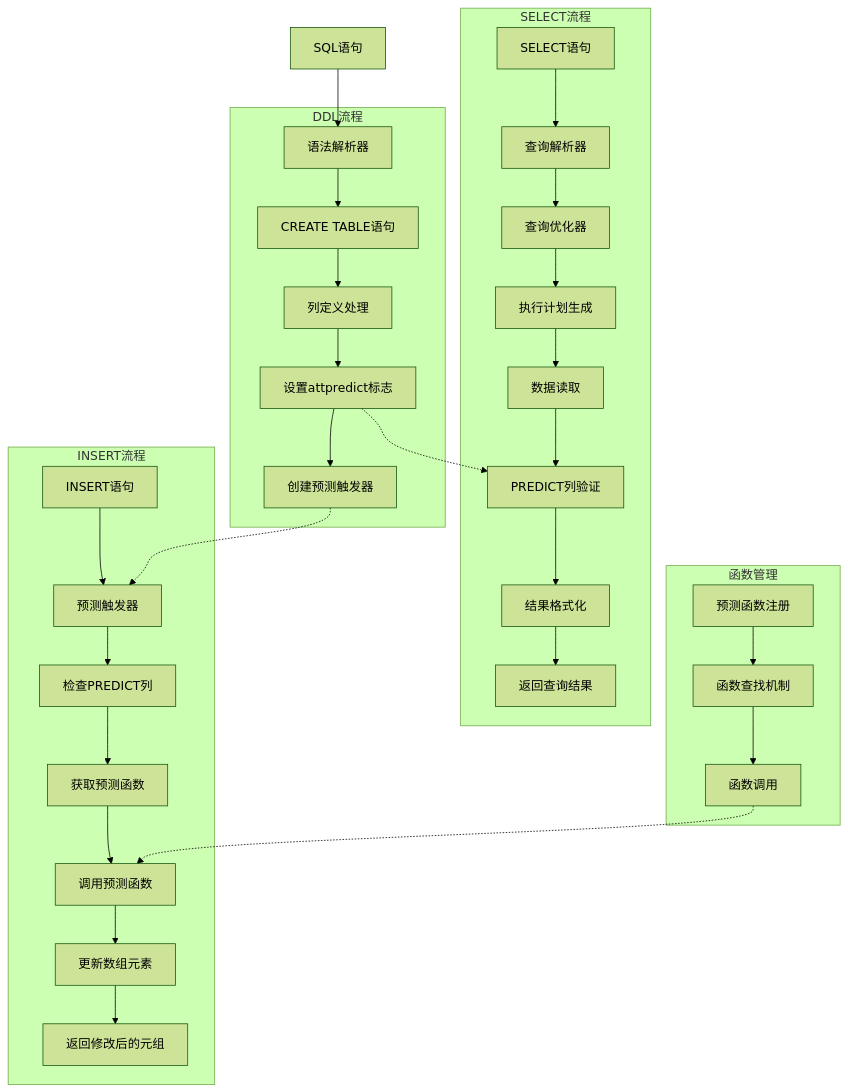
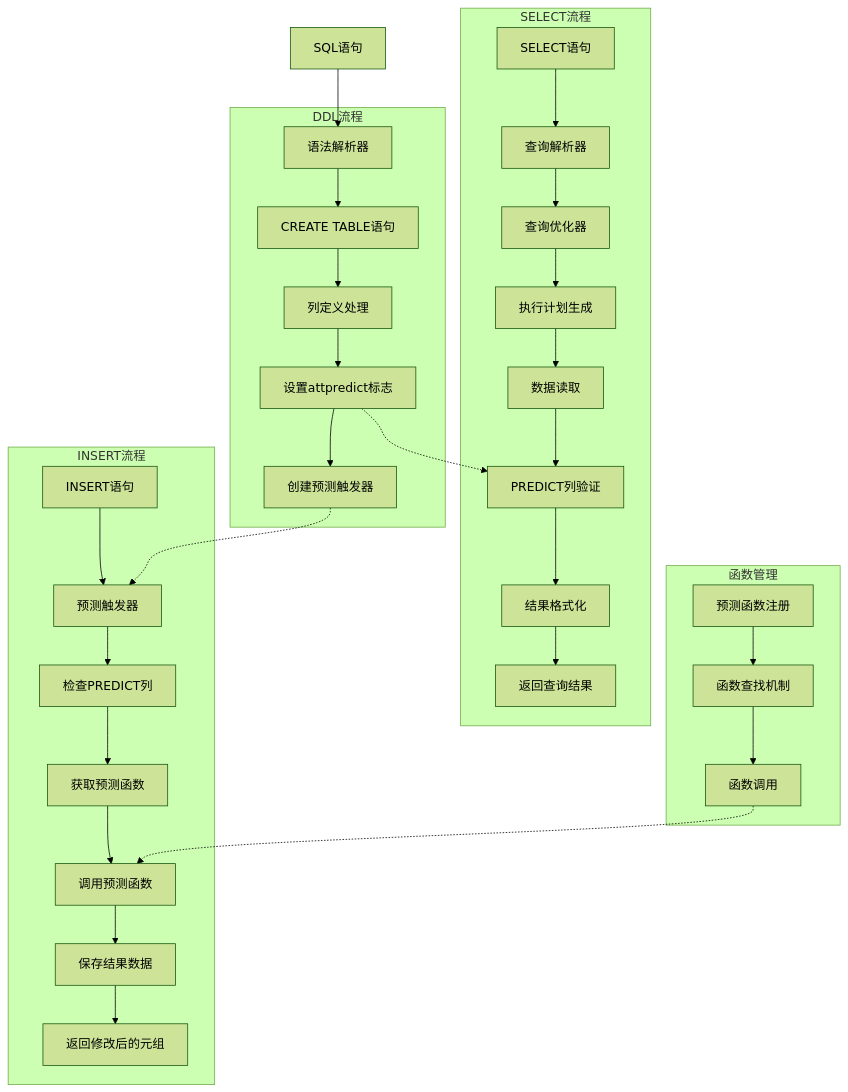
The first of 5 diagrams in doc/predict/PREDICT_DETAILED_DESIGN.md (ZhongChaoqiang/postgres), drawn with Mermaid (forest theme) before and after one commit. The commit also changed other lines of this file and 4 other files, not shown here.

````diff
--- a/doc/predict/PREDICT_DETAILED_DESIGN.md
+++ b/doc/predict/PREDICT_DETAILED_DESIGN.md
@@ -31,40 +31,40 @@
 ```mermaid
 graph TB
     A[SQL语句] --> B[语法解析器]
     
     subgraph "DDL流程"
         B --> C[CREATE TABLE语句]
         C --> D[列定义处理]
         D --> E[设置attpredict标志]
         E --> F[创建预测触发器]
     end
     
     subgraph "INSERT流程"
         G[INSERT语句] --> H[预测触发器]
         H --> I[检查PREDICT列]
         I --> J[获取预测函数]
         J --> K[调用预测函数]
-        K --> L[更新数组元素]
+        K --> L[保存结果数据]
         L --> M[返回修改后的元组]
     end
     
     subgraph "SELECT流程"
         Q[SELECT语句] --> R[查询解析器]
         R --> S[查询优化器]
         S --> T[执行计划生成]
         T --> U[数据读取]
         U --> V[PREDICT列验证]
         V --> W[结果格式化]
         W --> X[返回查询结果]
     end
     
     subgraph "函数管理"
         N[预测函数注册] --> O[函数查找机制]
         O --> P[函数调用]
     end
     
     %% 跨流程连接
     E -.-> V
     P -.-> K
     F -.-> H
 ```
````
